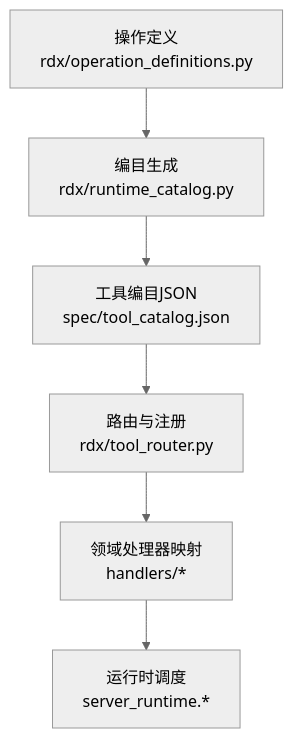
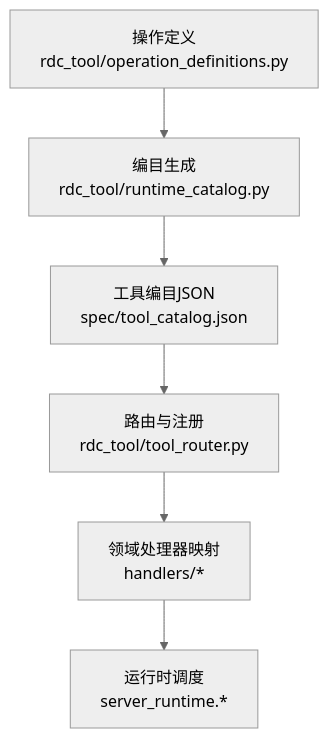
The first of 7 diagrams in .qoder/repowiki/zh/content/高级主题/扩展开发.md (haolange/RDC-Tool), drawn with Mermaid (neutral theme) before and after one commit. The commit also changed other lines of this file and 388 other files, not shown here.

First line of the commit message:
Release RDC-Tool identity and public maintenance surface

````diff
--- a/.qoder/repowiki/zh/content/高级主题/扩展开发.md
+++ b/.qoder/repowiki/zh/content/高级主题/扩展开发.md
@@ -38,8 +38,8 @@
 ```mermaid
 graph TB
-A["操作定义<br/>rdx/operation_definitions.py"] --> B["编目生成<br/>rdx/runtime_catalog.py"]
+A["操作定义<br/>rdc_tool/operation_definitions.py"] --> B["编目生成<br/>rdc_tool/runtime_catalog.py"]
 B --> C["工具编目JSON<br/>spec/tool_catalog.json"]
-C --> D["路由与注册<br/>rdx/tool_router.py"]
+C --> D["路由与注册<br/>rdc_tool/tool_router.py"]
 D --> E["领域处理器映射<br/>handlers/*"]
 E --> F["运行时调度<br/>server_runtime.*"]
 ```
````
